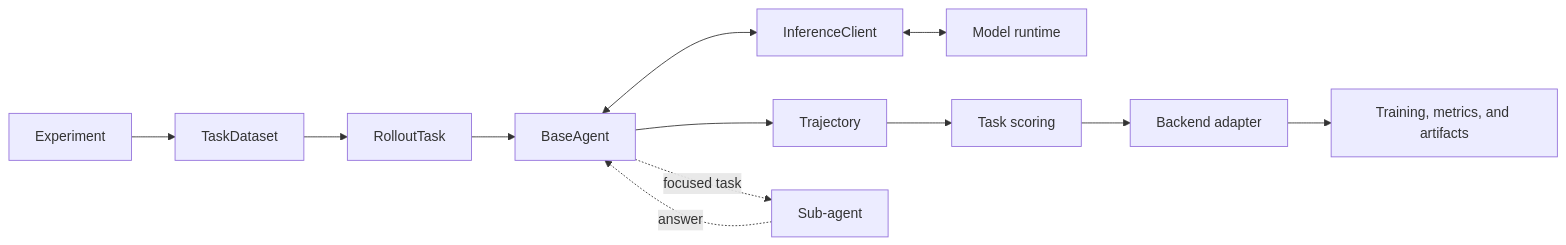
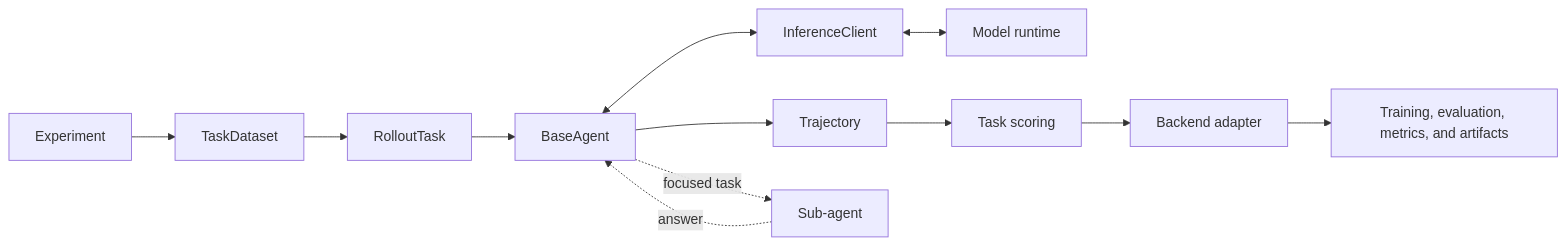
The diagram in README.md (TheGuy42/AgentDaC), drawn with Mermaid before and after one commit. The commit also changed other lines of this file, not shown here.

````diff
--- a/README.md
+++ b/README.md
@@ -54,14 +90,14 @@
 ```mermaid
 flowchart LR
     E[Experiment] --> D[TaskDataset]
     D --> T[RolloutTask]
     T --> A[BaseAgent]
     A <--> I[InferenceClient]
     I <--> M[Model runtime]
     A --> R[Trajectory]
     R --> S[Task scoring]
     S --> B[Backend adapter]
-    B --> O[Training, metrics, and artifacts]
+    B --> O[Training, evaluation, metrics, and artifacts]
     A -. focused task .-> C[Sub-agent]
     C -. answer .-> A
 ```
````
